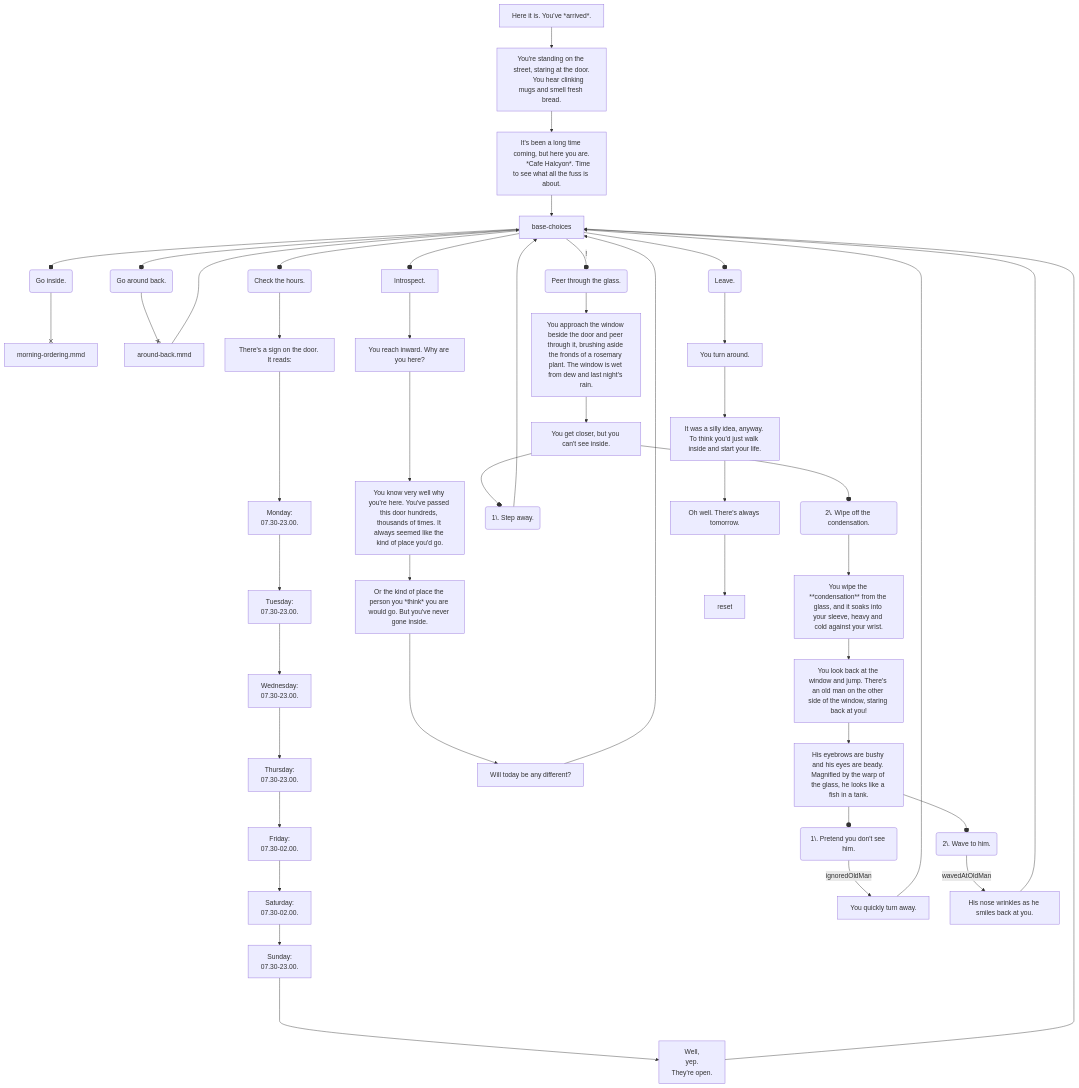
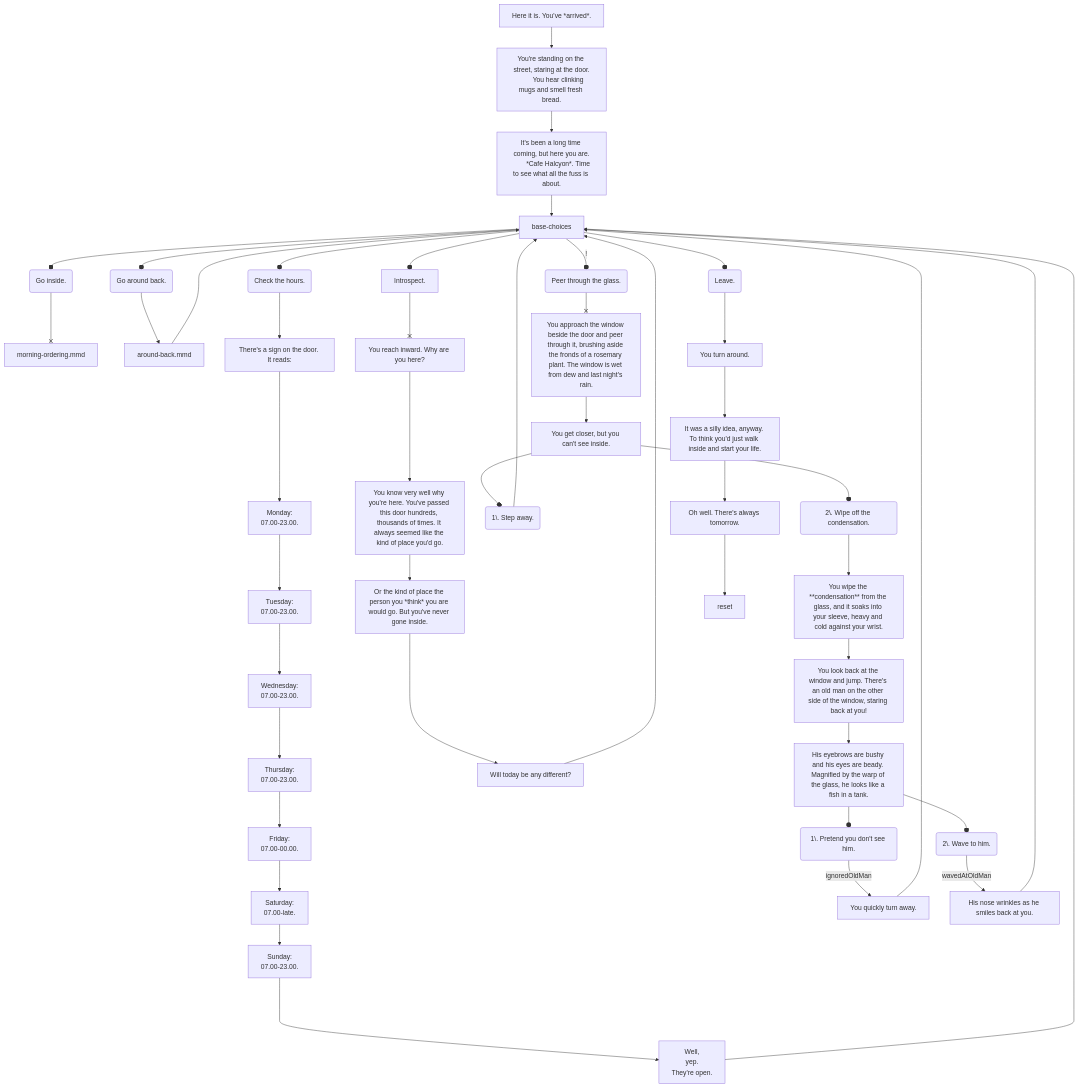
The diagram in src/assets/scenes/morning-start-outside.mmd (probablyduncan/cafe), drawn with Mermaid before and after one commit. The commit also changed 4 other files, not shown here.

```diff
--- a/src/assets/scenes/morning-start-outside.mmd
+++ b/src/assets/scenes/morning-start-outside.mmd
@@ -1,107 +1,107 @@
 flowchart TD
     i[Here it is. You've *arrived*.]
     --> ii[
         You're standing on the street, staring at the door.
         You hear clinking mugs and smell fresh bread.
     ]
     --> iii[
         It's been a long time coming, but here you are.
         *Cafe Halcyon*. Time to see what all the fuss is about.
     ]
     iii --> base-choices
     
     %% hub
     base-choices --o go-inside(Go inside.) --x inside[morning-ordering.mmd]
     base-choices --o check-hours(Check the hours.)
     base-choices --o investigate-feelings[Introspect.]
     base-choices -- ! --o peer-through-glass(Peer through the glass.)
-    base-choices --o go-around-back(Go around back.) --x around-back[around-back.mmd] --> base-choices
+    base-choices --o go-around-back(Go around back.) --> around-back[around-back.mmd] --> base-choices
     base-choices --o leave(Leave.)
 
     %% 
     %% hours
     %% 
 
     check-hours 
     --> check-hours-i[There's a sign on the door. It reads:]
     ---> mon[
         Monday:
-        07.30-23.00.
+        07.00-23.00.
     ]
     --> tues[
         Tuesday:
-        07.30-23.00.
+        07.00-23.00.
     ]
     --> wed[
         Wednesday:
-        07.30-23.00.
+        07.00-23.00.
     ]
     --> thurs[
         Thursday:
-        07.30-23.00.
+        07.00-23.00.
     ]
     --> fri[
         Friday:
-        07.30-02.00.
+        07.00-00.00.
     ]
     --> sat[
         Saturday:
-        07.30-02.00.
+        07.00-late.
     ]
     --> sun[
         Sunday:
-        07.30-23.00.
+        07.00-23.00.
     ]
     ----> check-hours-iii[
         Well,
         yep.
         They're open.
     ]
     --> base-choices
 
     %% 
     %% investigate your feelings
     %% 
 
-    investigate-feelings --> if1[You reach inward. Why are you here?]
+    investigate-feelings --x if1[You reach inward. Why are you here?]
     ---> if6[You know very well why you're here. You've passed this door hundreds, thousands of times. It always seemed like the kind of place you'd go.]
     --> if5[Or the kind of place the person you *think* you are would go. But you've never gone inside.]
     ---> if8[Will today be any different?]
     --> base-choices
 
     %% 
     %% peer through glass
     %% 
 
-    peer-through-glass --> peer-through-glass-i[You approach the window beside the door and peer through it, brushing aside the fronds of a rosemary plant. The window is wet from dew and last night's rain.]
+    peer-through-glass --x peer-through-glass-i[You approach the window beside the door and peer through it, brushing aside the fronds of a rosemary plant. The window is wet from dew and last night's rain.]
     --> peer-through-glass-ii[You get closer, but you can't see inside.]
 
     %% don't wipe glass
     peer-through-glass-ii 
     --o peer-through-glass-ii-i(1\. Step away.)
     --> base-choices
 
     %% surprise! old man
     peer-through-glass-ii --o peer-through-glass-ii-ii(2\. Wipe off the condensation.) 
     --> peer-through-glass-iii[You wipe the **condensation** from the glass, and it soaks into your sleeve, heavy and cold against your wrist.]
     --> peer-through-glass-iv[You look back at the window and jump. There's an old man on the other side of the window, staring back at you!]
     --> peer-through-glass-v[His eyebrows are bushy and his eyes are beady. Magnified by the warp of the glass, he looks like a fish in a tank.]
 
     %% ignore him
     peer-through-glass-v --o peer-through-glass-v-i(1\. Pretend you don't see him.) 
     -- ignoredOldMan --> peer-through-glass-v-i-i[You quickly turn away.] 
     --> base-choices
 
     %% wave at him
     peer-through-glass-v --o peer-through-glass-v-ii(2\. Wave to him.) 
     -- wavedAtOldMan --> peer-through-glass-v-ii-i[His nose wrinkles as he smiles back at you.] 
     --> base-choices
     
     %% 
     %% leave
     %% 
 
     leave --> leave-i[You turn around.]
     --> leave-ii[It was a silly idea, anyway. To think you'd just walk inside and start your life.]
     --> leave-iii[Oh well. There's always tomorrow.]
     --> reset
```
